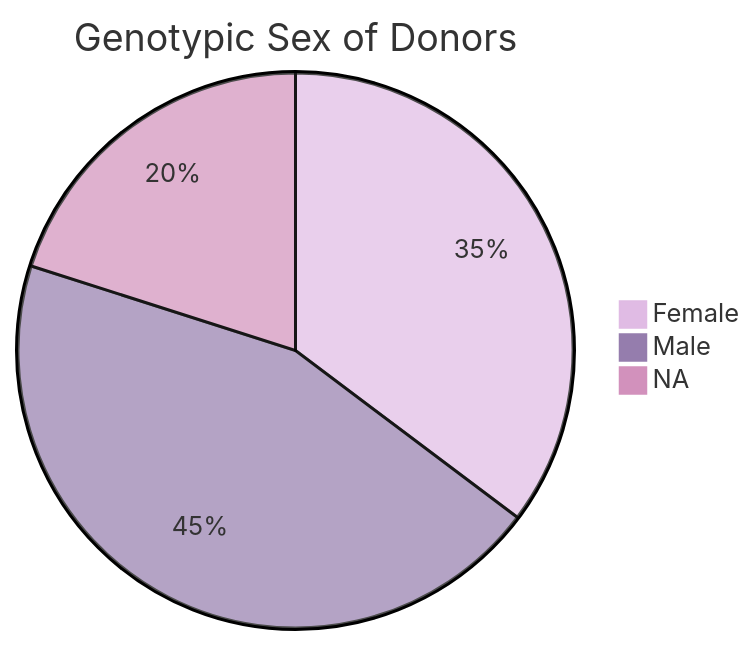
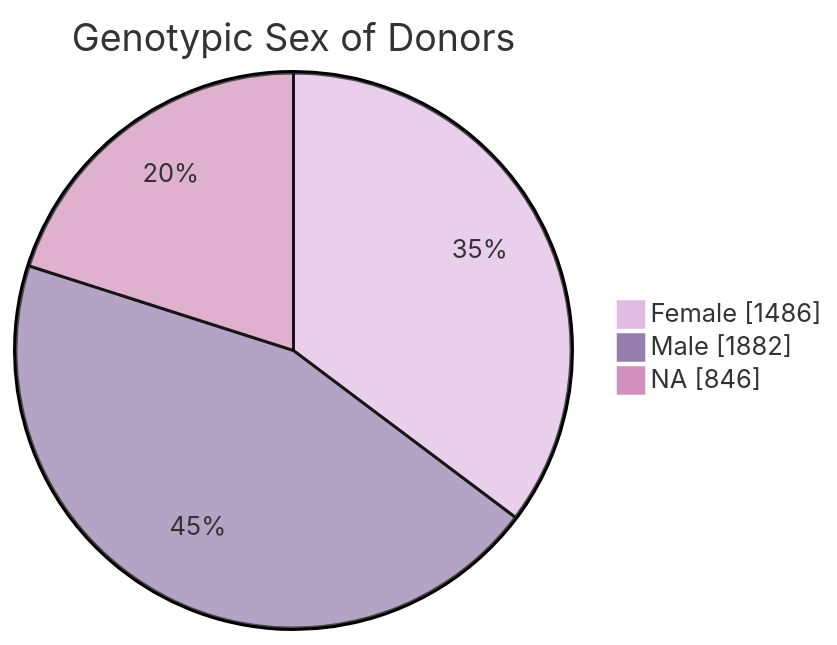
The diagram in docs/index.md (progenetix/cancercelllines-web), drawn with Mermaid before and after one commit.

````diff
--- a/docs/index.md
+++ b/docs/index.md
@@ -16,10 +16,10 @@
 ```mermaid
 %%{init: {'theme': 'base', 'themeVariables': {"fontFamily": "arial",'pie1':'#E0BBE4','pie2':'#957DAD','pie3':'#D291BC'}}}%%
-pie 
+pie showData
 title Genotypic Sex of Donors
 "Female" : 1486
 "Male" : 1882
 "NA" : 846
 
 
 ```
````
